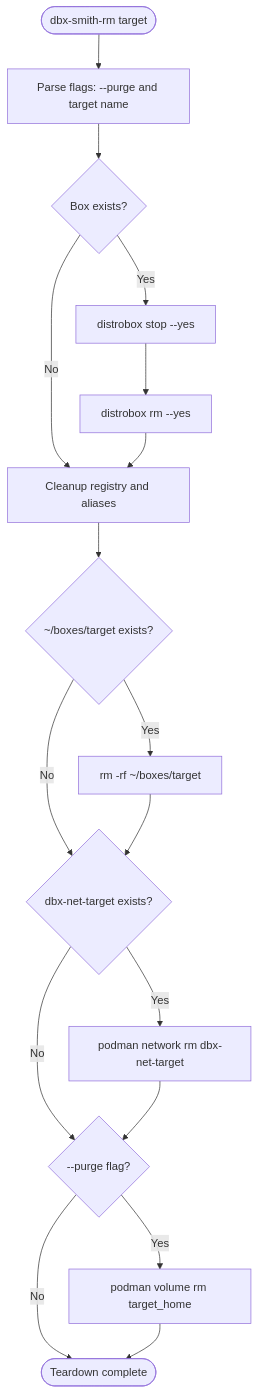
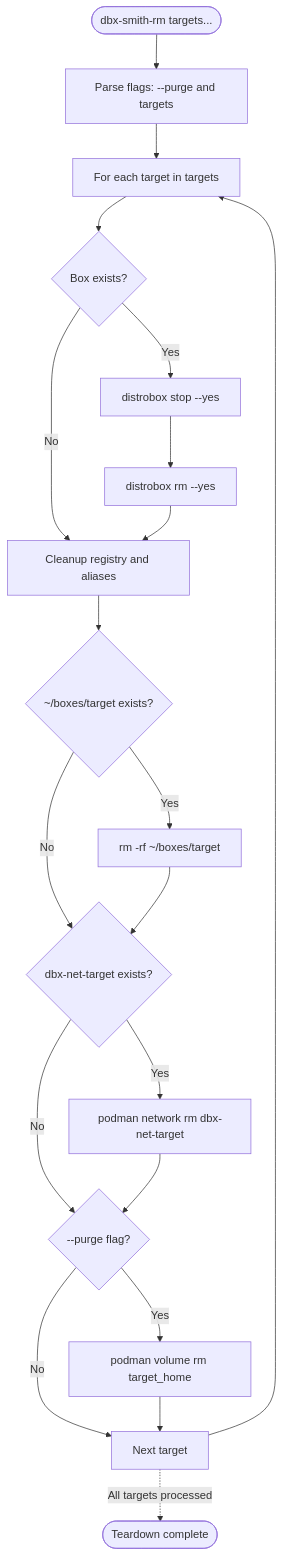
The third of 3 diagrams in docs/docs/internals.md (arijit1begins/dbx-smith), drawn with Mermaid before and after one commit. The commit also changed other lines of this file and 22 other files, not shown here.

````diff
--- a/docs/docs/internals.md
+++ b/docs/docs/internals.md
@@ -123,20 +123,23 @@
 ```mermaid
 %%{init: {"themeVariables": {"fontSize": "16px"}}}%%
 graph TD
-    Start([dbx-smith-rm target]) --> Parse[Parse flags: --purge and target name]
-    Parse --> Exist{Box exists?}
+    Start([dbx-smith-rm targets...]) --> Parse[Parse flags: --purge and targets]
+    Parse --> Loop[For each target in targets]
+    Loop --> Exist{Box exists?}
     Exist --> |Yes| Stop[distrobox stop --yes]
     Exist --> |No| CleanupFS[Cleanup registry and aliases]
     Stop --> Remove[distrobox rm --yes]
     Remove --> CleanupFS
     CleanupFS --> Home{~/boxes/target exists?}
     Home --> |Yes| DelHome[rm -rf ~/boxes/target]
     Home --> |No| Net{dbx-net-target exists?}
     DelHome --> Net
     Net --> |Yes| DelNet[podman network rm dbx-net-target]
     Net --> |No| Purge{--purge flag?}
     DelNet --> Purge
     Purge --> |Yes| DelVol[podman volume rm target_home]
-    Purge --> |No| End([Teardown complete])
-    DelVol --> End
+    Purge --> |No| NextTarget[Next target]
+    DelVol --> NextTarget
+    NextTarget --> Loop
+    NextTarget -.-> |All targets processed| End([Teardown complete])
 ```
````
